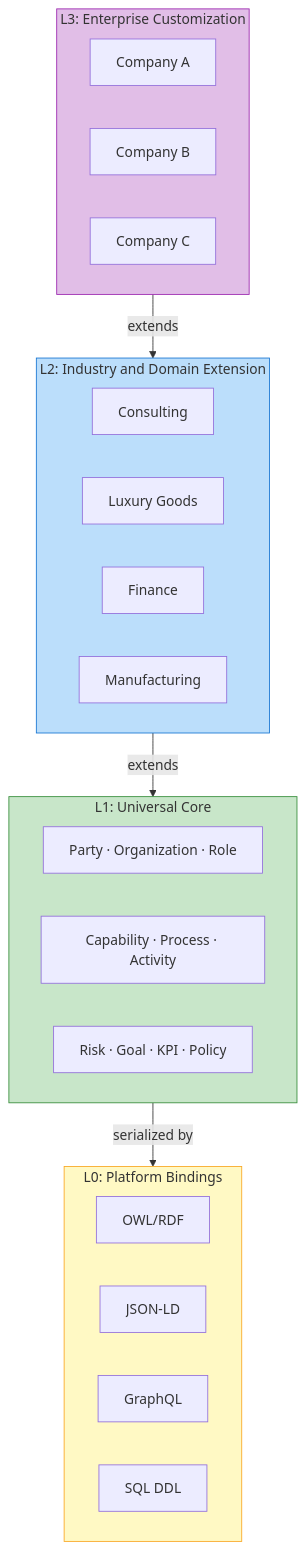
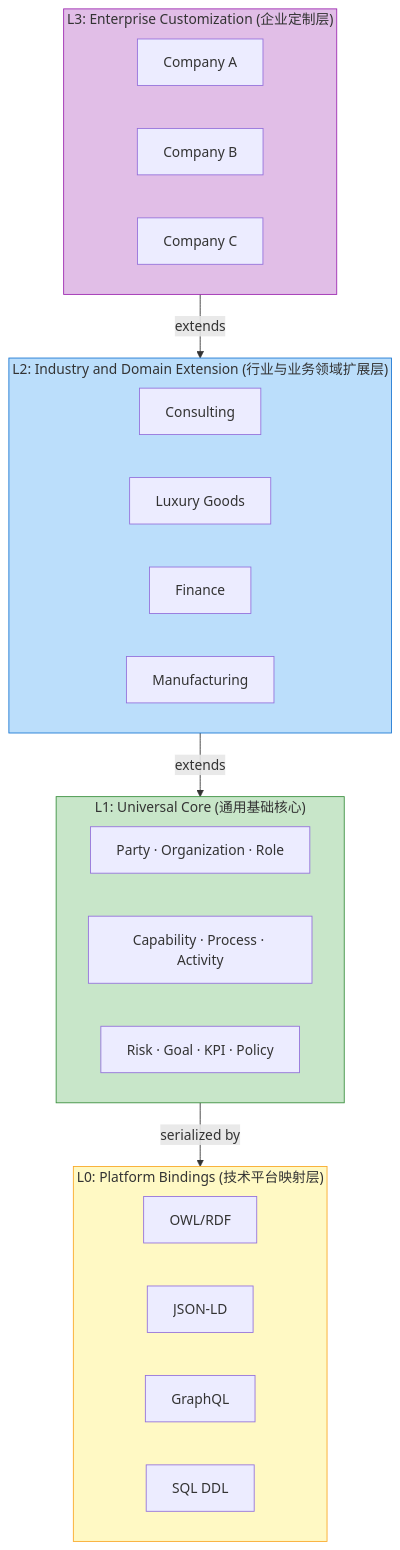
One commit to ramphias/universal-ontology-definition changed the diagram in docs-site/architecture/index.md. Above: the diagram before and after it, drawn with Mermaid. The commit also changed other lines of this file and 34 other files, not shown here.

````diff
--- a/docs-site/architecture/index.md
+++ b/docs-site/architecture/index.md
@@ -5,37 +6,37 @@
 ```mermaid
 graph TB
-    subgraph L3["L3: Enterprise Customization"]
+    subgraph L3["L3: Enterprise Customization (企业定制层)"]
         E1["Company A"] 
         E2["Company B"]
         E3["Company C"]
     end
     
-    subgraph L2["L2: Industry and Domain Extension"]
+    subgraph L2["L2: Industry and Domain Extension (行业与业务领域扩展层)"]
         I1["Consulting"]
         I2["Luxury Goods"]
         I3["Finance"]
         I4["Manufacturing"]
     end
     
-    subgraph L1["L1: Universal Core"]
+    subgraph L1["L1: Universal Core (通用基础核心)"]
         C1["Party · Organization · Role"]
         C2["Capability · Process · Activity"]
         C3["Risk · Goal · KPI · Policy"]
     end
     
-    subgraph L0["L0: Platform Bindings"]
+    subgraph L0["L0: Platform Bindings (技术平台映射层)"]
         P1["OWL/RDF"]
         P2["JSON-LD"]
         P3["GraphQL"]
         P4["SQL DDL"]
     end
     
     L3 -->|extends| L2
     L2 -->|extends| L1
     L1 -->|serialized by| L0
     
     style L3 fill:#e1bee7,stroke:#9c27b0
     style L2 fill:#bbdefb,stroke:#1976d2
     style L1 fill:#c8e6c9,stroke:#388e3c
     style L0 fill:#fff9c4,stroke:#f9a825
 ```
````
